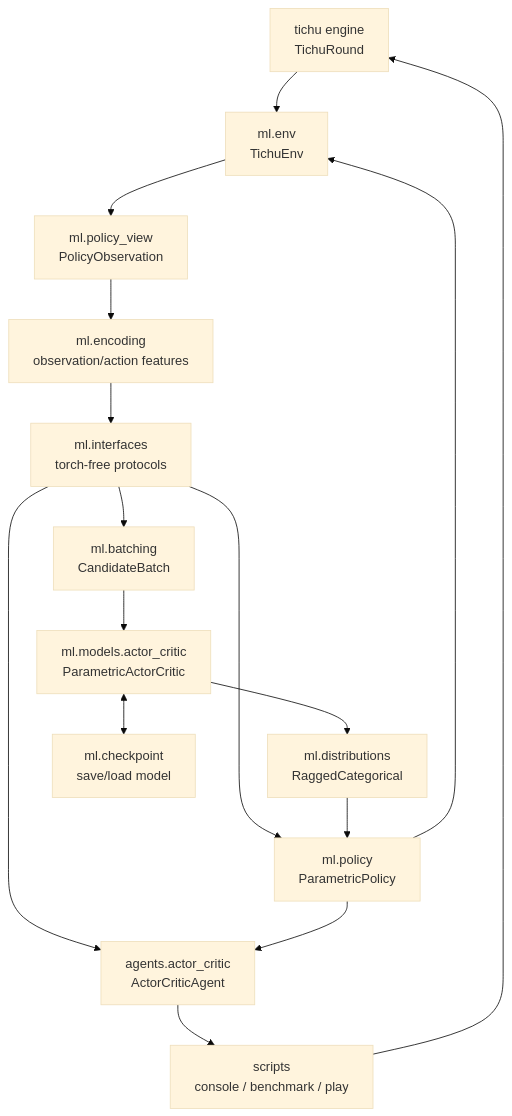
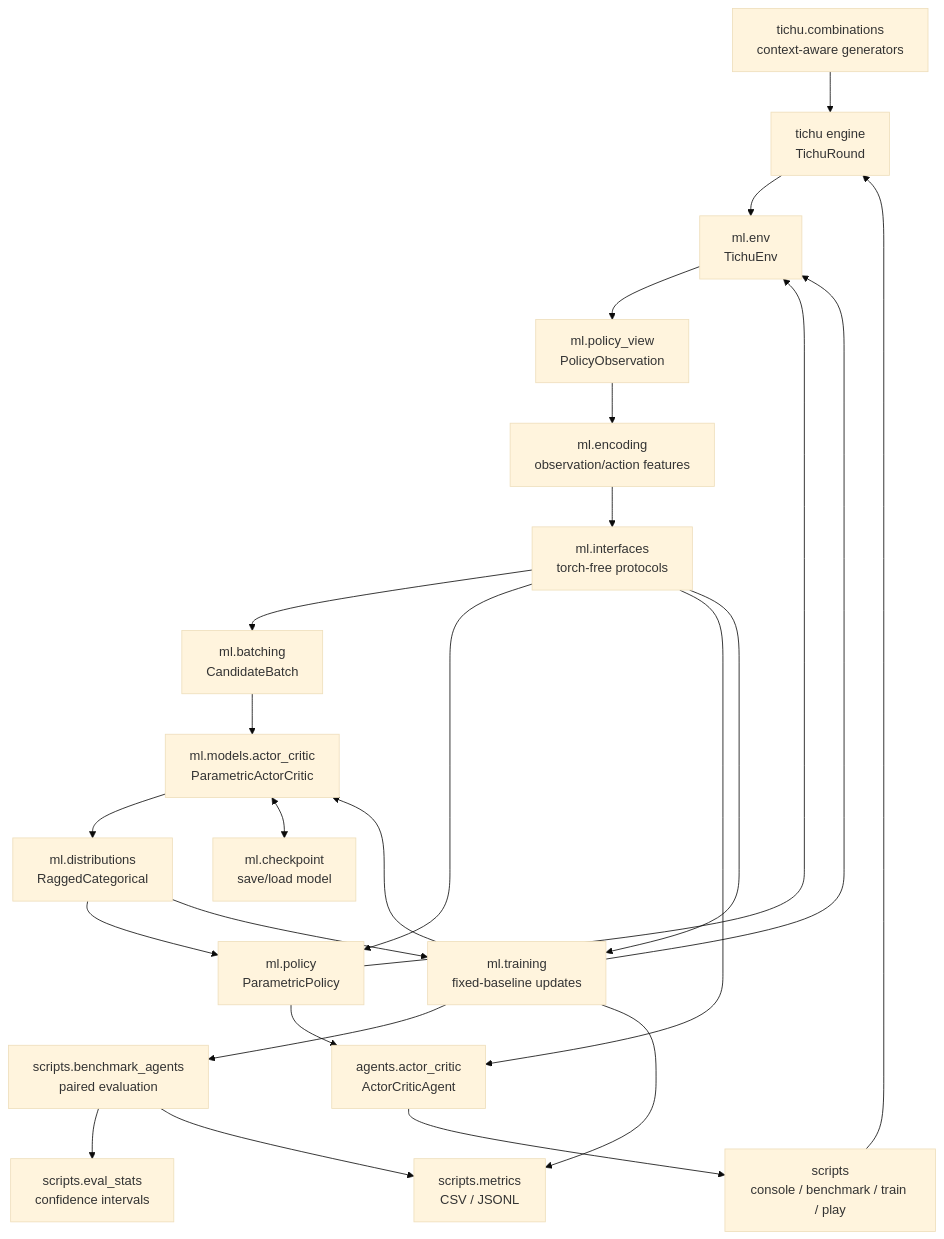
Before and after one commit to wemaxon/tichu-agent: the first of 7 diagrams in docs/ml_architecture.md, drawn with Mermaid (base theme). The commit also changed other lines of this file and 1 other file, not shown here.

````diff
--- a/docs/ml_architecture.md
+++ b/docs/ml_architecture.md
@@ -36,31 +36,45 @@
 ```mermaid
 flowchart TD
     Engine["tichu engine<br/>TichuRound"]
+    Comb["tichu.combinations<br/>context-aware generators"]
     Env["ml.env<br/>TichuEnv"]
     View["ml.policy_view<br/>PolicyObservation"]
     Enc["ml.encoding<br/>observation/action features"]
     Interfaces["ml.interfaces<br/>torch-free protocols"]
     Batch["ml.batching<br/>CandidateBatch"]
     Model["ml.models.actor_critic<br/>ParametricActorCritic"]
     Dist["ml.distributions<br/>RaggedCategorical"]
     Policy["ml.policy<br/>ParametricPolicy"]
+    Train["ml.training<br/>fixed-baseline updates"]
+    Eval["scripts.benchmark_agents<br/>paired evaluation"]
+    Metrics["scripts.metrics<br/>CSV / JSONL"]
+    Stats["scripts.eval_stats<br/>confidence intervals"]
     Adapter["agents.actor_critic<br/>ActorCriticAgent"]
-    Scripts["scripts<br/>console / benchmark / play"]
+    Scripts["scripts<br/>console / benchmark / train / play"]
     Ckpt["ml.checkpoint<br/>save/load model"]
 
+    Comb --> Engine
     Engine --> Env
     Env --> View
     View --> Enc
     Enc --> Interfaces
     Interfaces --> Batch
     Interfaces --> Policy
     Interfaces --> Adapter
+    Interfaces --> Train
     Batch --> Model
     Model --> Dist
     Dist --> Policy
+    Dist --> Train
+    Train --> Env
+    Train --> Model
+    Train --> Eval
+    Eval --> Stats
+    Train --> Metrics
+    Eval --> Metrics
     Policy --> Env
     Policy --> Adapter
     Adapter --> Scripts
     Scripts --> Engine
     Model <--> Ckpt
 ```
````
